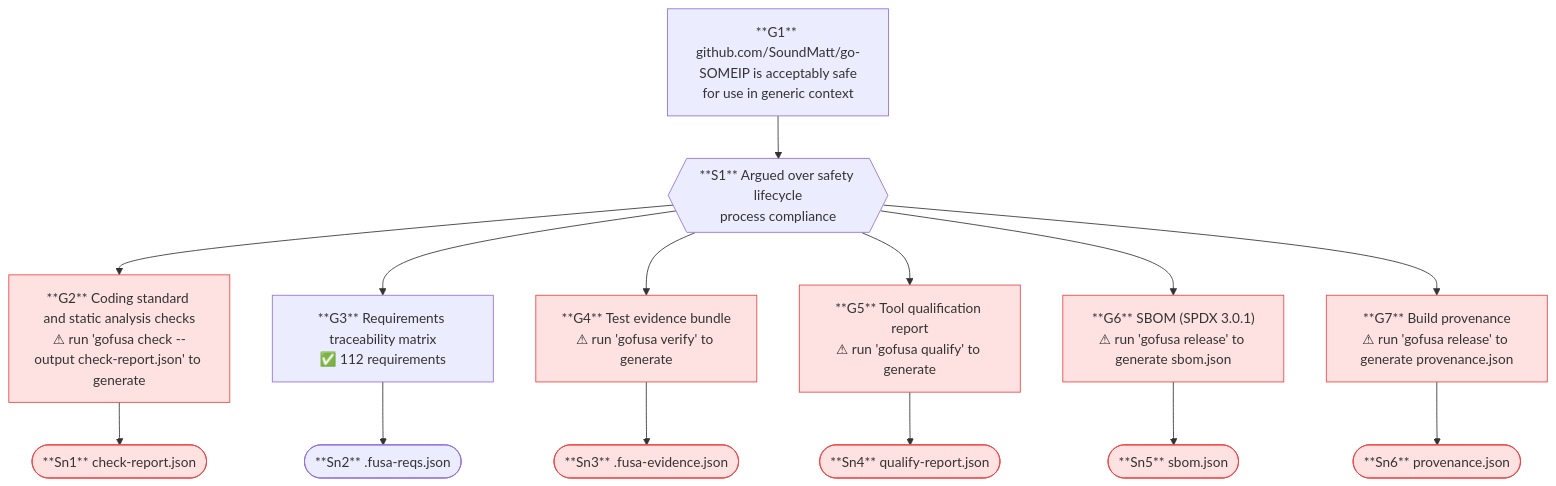
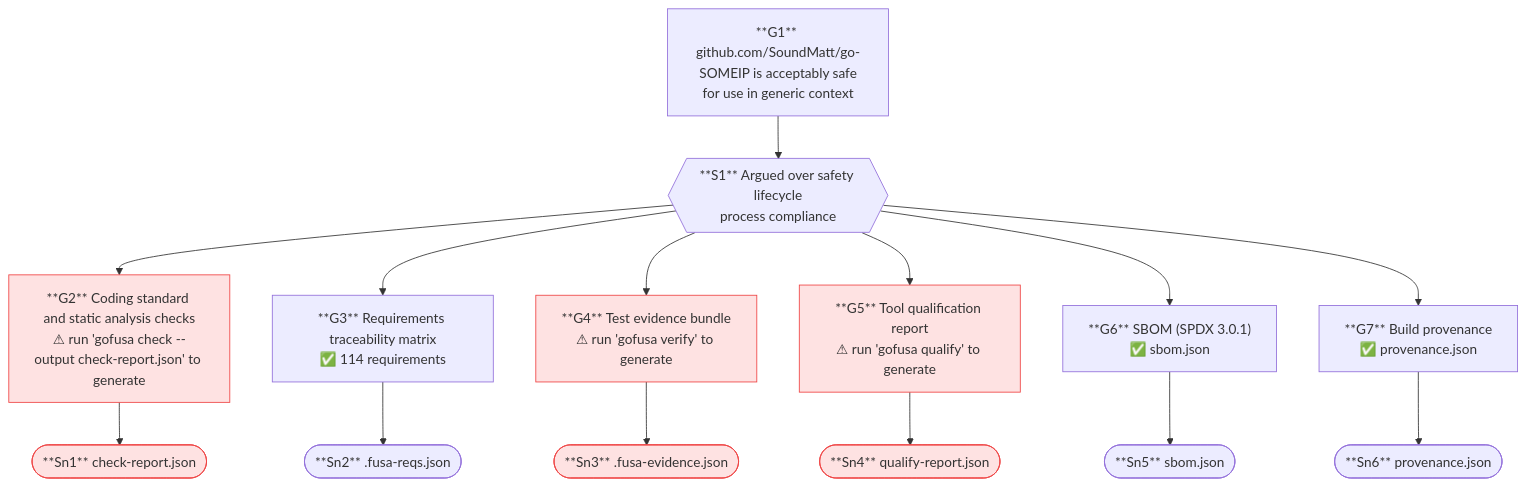
Before and after one commit to SoundMatt/go-SOMEIP: the diagram in safety-case.mermaid, drawn with Mermaid. The commit also changed 7 other files, not shown here.

```diff
--- a/safety-case.mermaid
+++ b/safety-case.mermaid
@@ -1,38 +1,34 @@
 flowchart TD
     G1["**G1** github.com/SoundMatt/go-SOMEIP is acceptably safe\nfor use in generic context"]
     S1{{"**S1** Argued over safety lifecycle\nprocess compliance"}}
     G2["**G2** Coding standard and static analysis checks\n⚠ run 'gofusa check --output check-report.json' to generate"]
     Sn1(["**Sn1** check-report.json"])
-    G3["**G3** Requirements traceability matrix\n✅ 112 requirements"]
+    G3["**G3** Requirements traceability matrix\n✅ 114 requirements"]
     Sn2(["**Sn2** .fusa-reqs.json"])
     G4["**G4** Test evidence bundle\n⚠ run 'gofusa verify' to generate"]
     Sn3(["**Sn3** .fusa-evidence.json"])
     G5["**G5** Tool qualification report\n⚠ run 'gofusa qualify' to generate"]
     Sn4(["**Sn4** qualify-report.json"])
-    G6["**G6** SBOM (SPDX 3.0.1)\n⚠ run 'gofusa release' to generate sbom.json"]
+    G6["**G6** SBOM (SPDX 3.0.1)\n✅ sbom.json"]
     Sn5(["**Sn5** sbom.json"])
-    G7["**G7** Build provenance\n⚠ run 'gofusa release' to generate provenance.json"]
+    G7["**G7** Build provenance\n✅ provenance.json"]
     Sn6(["**Sn6** provenance.json"])
     G1 --> S1
     S1 --> G2
     S1 --> G3
     S1 --> G4
     S1 --> G5
     S1 --> G6
     S1 --> G7
     G2 --> Sn1
     G3 --> Sn2
     G4 --> Sn3
     G5 --> Sn4
     G6 --> Sn5
     G7 --> Sn6
     style G2 fill:#fee2e2,stroke:#ef4444
     style Sn1 fill:#fee2e2,stroke:#ef4444
     style G4 fill:#fee2e2,stroke:#ef4444
     style Sn3 fill:#fee2e2,stroke:#ef4444
     style G5 fill:#fee2e2,stroke:#ef4444
     style Sn4 fill:#fee2e2,stroke:#ef4444
-    style G6 fill:#fee2e2,stroke:#ef4444
-    style Sn5 fill:#fee2e2,stroke:#ef4444
-    style G7 fill:#fee2e2,stroke:#ef4444
-    style Sn6 fill:#fee2e2,stroke:#ef4444
```
